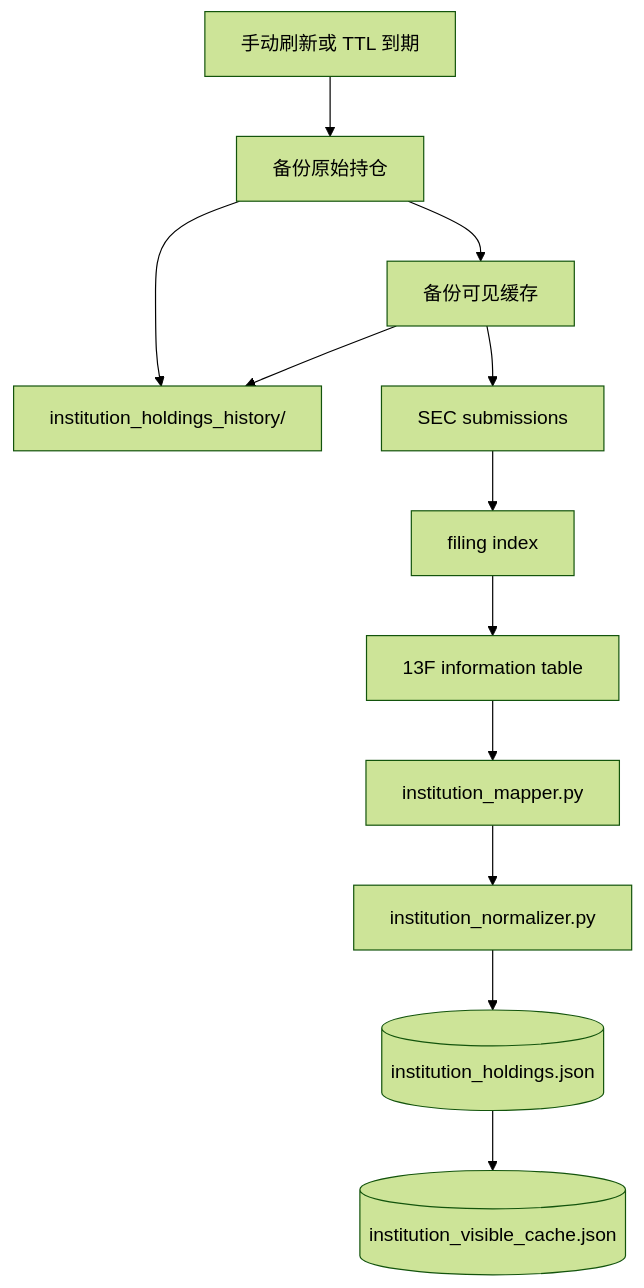
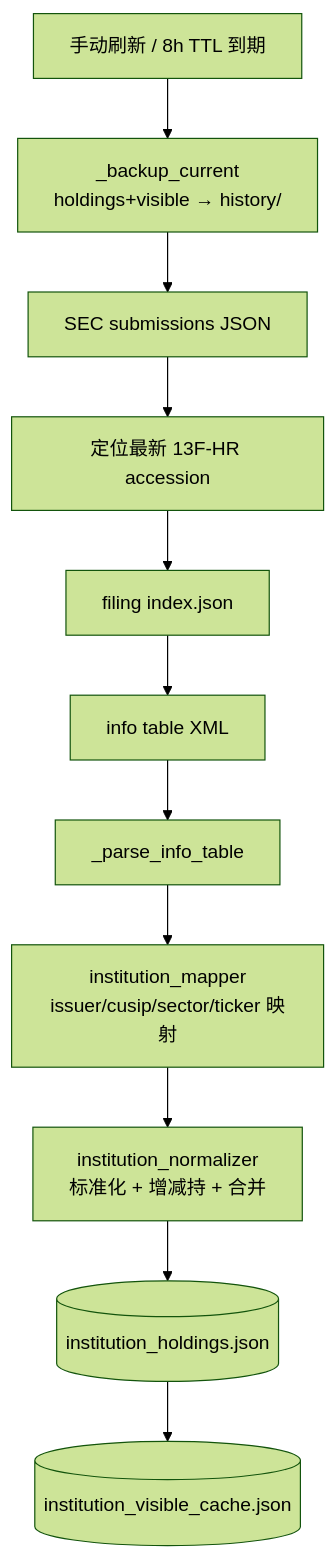
Before and after one commit to RESBI/StockTracing: the sixth of 8 diagrams in ARCHITECTURE.md, drawn with Mermaid (forest theme). The commit also changed other lines of this file and 35 other files, not shown here.

First line of the commit message:
Refactor architecture: DB session mgmt, TTL centralization, circuit breaker, AI persistent queue, Pydantic validation, logging, env config

````diff
--- a/ARCHITECTURE.md
+++ b/ARCHITECTURE.md
@@ -157,26 +617,19 @@
 ```mermaid
 flowchart TD
-    Trigger[手动刷新或 TTL 到期]
-    BackupRaw[备份原始持仓]
-    BackupVisible[备份可见缓存]
-    SecSubmissions[SEC submissions]
-    FilingIndex[filing index]
-    InfoTable[13F information table]
-    Mapper[institution_mapper.py]
-    Normalizer[institution_normalizer.py]
-    Raw[(institution_holdings.json)]
-    Visible[(institution_visible_cache.json)]
-    History["institution_holdings_history/"]
+    Trigger["手动刷新 / 8h TTL 到期"]
+    Backup["_backup_current<br/>holdings+visible → history/"]
+    Sub["SEC submissions JSON"]
+    Filing["定位最新 13F-HR accession"]
+    Index["filing index.json"]
+    Xml["info table XML"]
+    Parse["_parse_info_table"]
+    Map["institution_mapper<br/>issuer/cusip/sector/ticker 映射"]
+    Norm["institution_normalizer<br/>标准化 + 增减持 + 合并"]
+    Raw[("institution_holdings.json")]
+    Visible[("institution_visible_cache.json")]
 
-    Trigger --> BackupRaw
-    BackupRaw --> History
-    BackupRaw --> BackupVisible
-    BackupVisible --> History
-    BackupVisible --> SecSubmissions
-    SecSubmissions --> FilingIndex
-    FilingIndex --> InfoTable
-    InfoTable --> Mapper
-    Mapper --> Normalizer
-    Normalizer --> Raw
-    Raw --> Visible
+    Trigger --> Backup
+    Backup --> Sub --> Filing --> Index --> Xml
+    Xml --> Parse --> Map --> Norm
+    Norm --> Raw --> Visible
 ```
````
